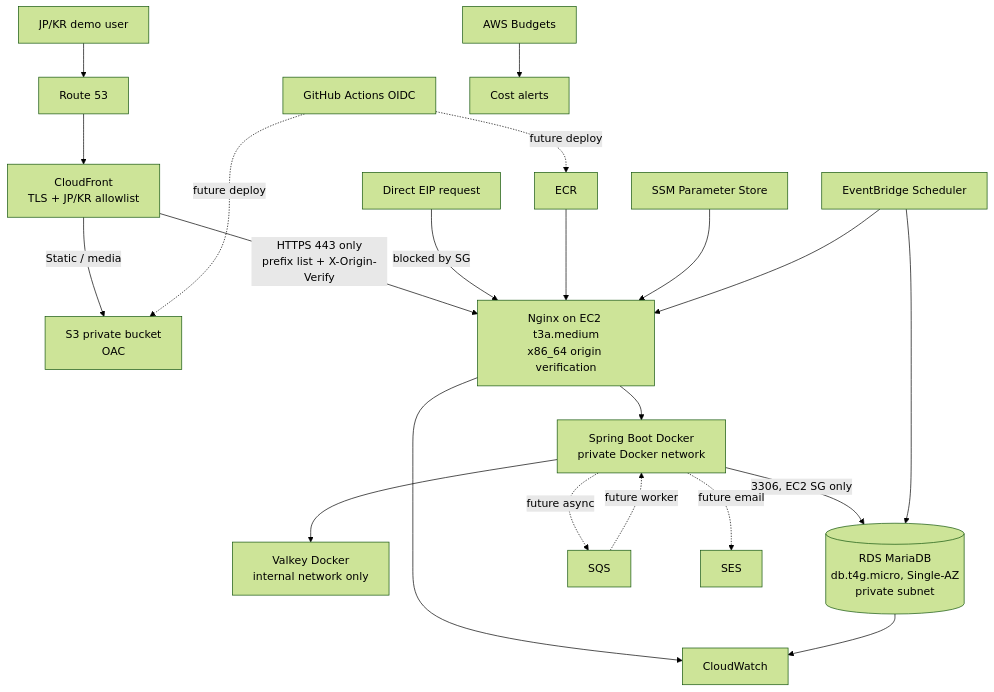
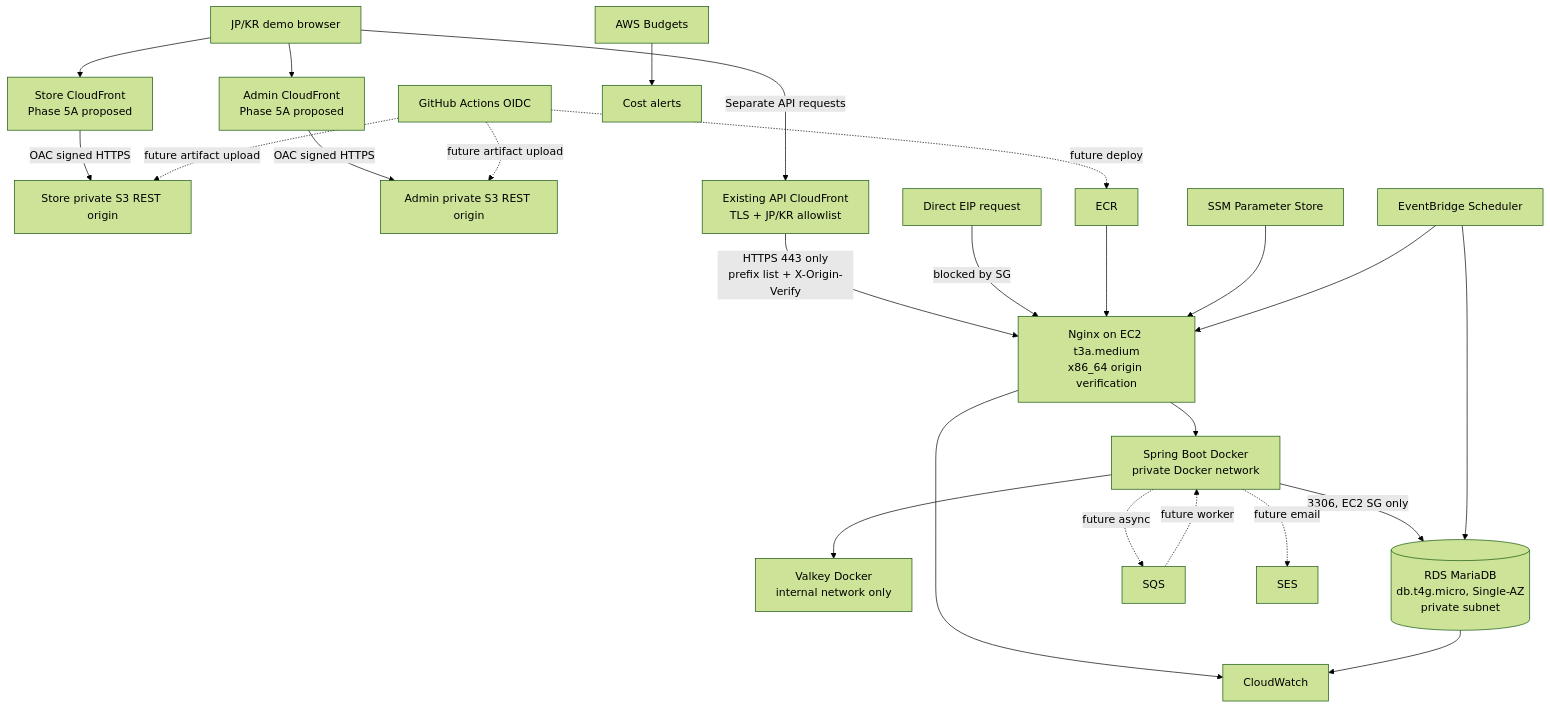
Before and after one commit to nagi4757/ec-portfolio: the diagram in docs/architecture/aws-demo.md, drawn with Mermaid (forest theme). The commit also changed other lines of this file and 5 other files, not shown here.

````diff
--- a/docs/architecture/aws-demo.md
+++ b/docs/architecture/aws-demo.md
@@ -36,23 +36,26 @@
 ```mermaid
 flowchart TD
-    U[JP/KR demo user] --> R53[Route 53]
-    R53 --> CF[CloudFront<br/>TLS + JP/KR allowlist]
-    CF -->|Static / media| S3[S3 private bucket<br/>OAC]
+    U[JP/KR demo browser] --> STORECF[Store CloudFront<br/>Phase 5A proposed]
+    U --> ADMINCF[Admin CloudFront<br/>Phase 5A proposed]
+    STORECF -->|OAC signed HTTPS| STORES3[Store private S3 REST origin]
+    ADMINCF -->|OAC signed HTTPS| ADMINS3[Admin private S3 REST origin]
+    U -->|Separate API requests| CF[Existing API CloudFront<br/>TLS + JP/KR allowlist]
     CF -->|HTTPS 443 only<br/>prefix list + X-Origin-Verify| NGINX[Nginx on EC2 t3a.medium<br/>x86_64 origin verification]
     DIRECT[Direct EIP request] -- blocked by SG --> NGINX
     NGINX --> API[Spring Boot Docker<br/>private Docker network]
     API --> VALKEY[Valkey Docker<br/>internal network only]
     API -->|3306, EC2 SG only| RDS[(RDS MariaDB<br/>db.t4g.micro, Single-AZ<br/>private subnet)]
     API -.future async.-> SQS[SQS]
     SQS -.future worker.-> API
     API -.future email.-> SES[SES]
     ECR[ECR] --> NGINX
     SSM[SSM Parameter Store] --> NGINX
     GHA[GitHub Actions OIDC] -.future deploy.-> ECR
-    GHA -.future deploy.-> S3
+    GHA -.future artifact upload.-> STORES3
+    GHA -.future artifact upload.-> ADMINS3
     SCH[EventBridge Scheduler] --> NGINX
     SCH --> RDS
     NGINX --> CW[CloudWatch]
     RDS --> CW
     BUD[AWS Budgets] --> ALERT[Cost alerts]
 ```
````
